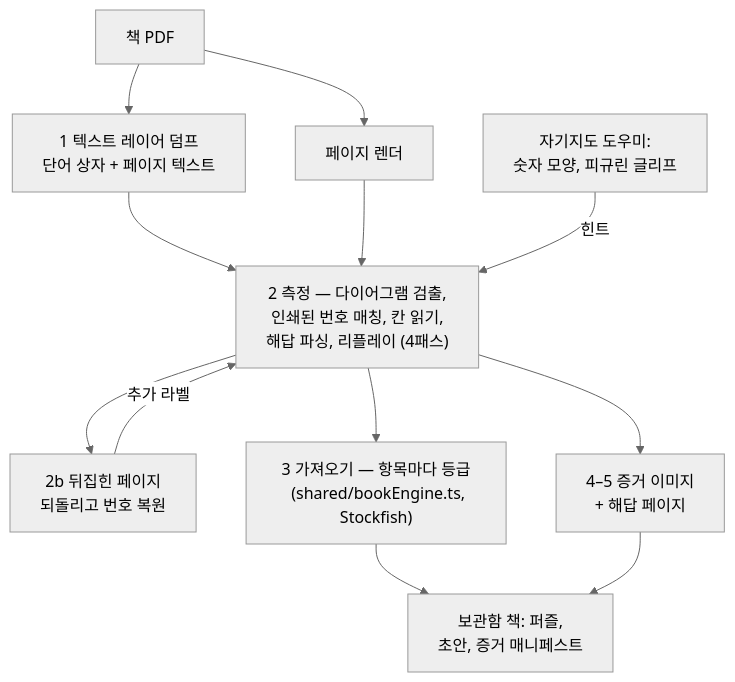
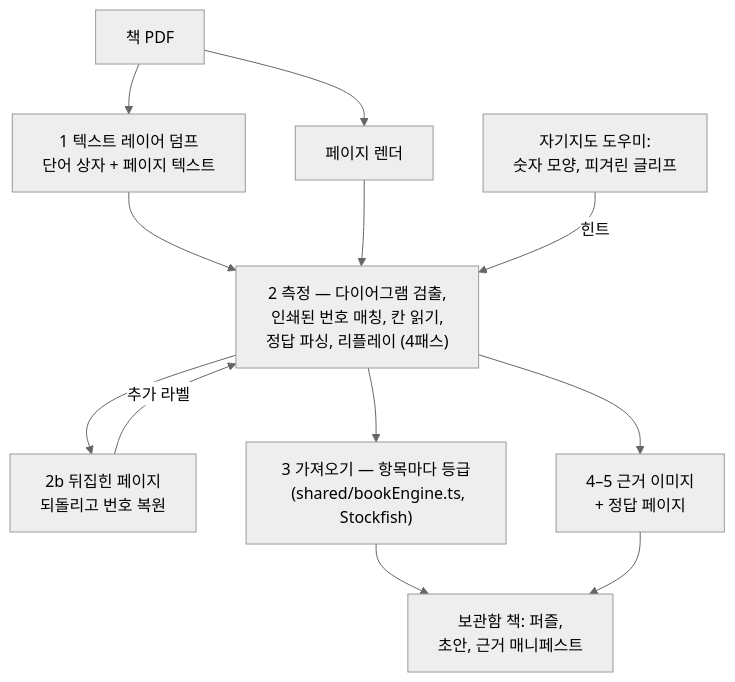
One commit to chessvault-app/chessvault changed the diagram in docs/book-import-pipeline.ko.md. Above: the diagram before and after it, drawn with Mermaid (neutral theme). The commit also changed other lines of this file and 9 other files, not shown here.

````diff
--- a/docs/book-import-pipeline.ko.md
+++ b/docs/book-import-pipeline.ko.md
@@ -57,22 +57,22 @@
 ```mermaid
 flowchart TD
   pdf["책 PDF"] --> dump["1 텍스트 레이어 덤프
   단어 상자 + 페이지 텍스트"]
   pdf --> renders["페이지 렌더"]
   dump --> measure["2 측정 — 다이어그램 검출,
   인쇄된 번호 매칭, 칸 읽기,
-  해답 파싱, 리플레이 (4패스)"]
+  정답 파싱, 리플레이 (4패스)"]
   renders --> measure
   measure --> rot["2b 뒤집힌 페이지
   되돌리고 번호 복원"]
   rot -- "추가 라벨" --> measure
   helpers["자기지도 도우미:
-  숫자 모양, 피규린 글리프"] -- "힌트" --> measure
+  숫자 모양, 피겨린 글리프"] -- "힌트" --> measure
   measure --> import["3 가져오기 — 항목마다 등급
   (shared/bookEngine.ts, Stockfish)"]
   import --> book["보관함 책: 퍼즐,
-  초안, 증거 매니페스트"]
-  evid["4–5 증거 이미지
-  + 해답 페이지"] --> book
+  초안, 근거 매니페스트"]
+  evid["4–5 근거 이미지
+  + 정답 페이지"] --> book
   measure --> evid
 ```
````
